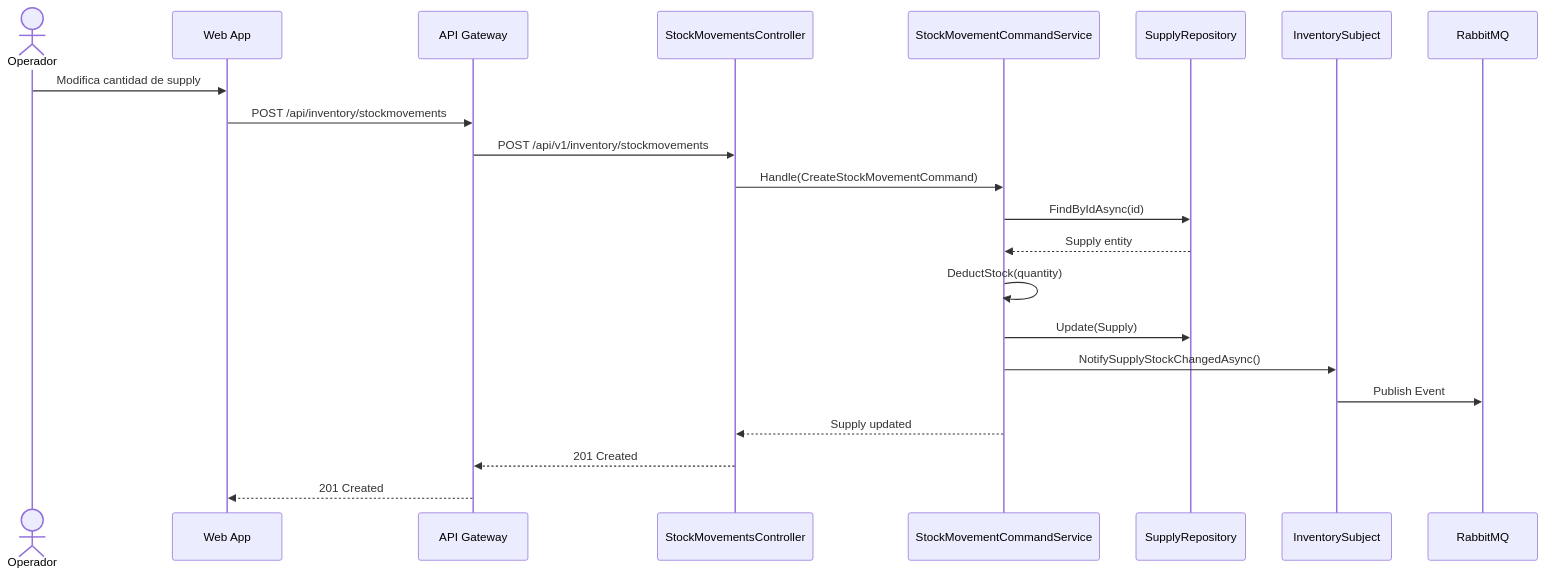
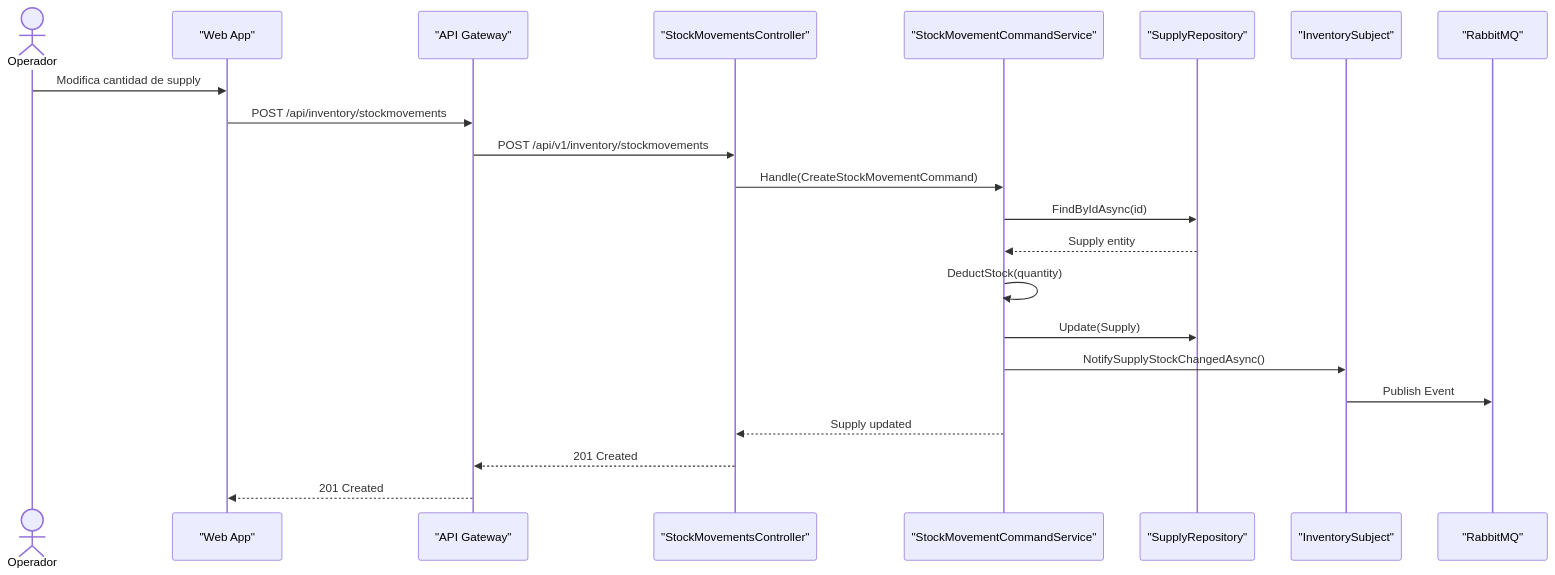
Diagram 11 of 15 in docs/architecture/Diagramas.md (1ASI0657-2610-7940-Vintara/Vintara-backend), drawn with Mermaid before and after one commit. The commit also changed other lines of this file, not shown here.

Commit message:
docs: fix mermaid syntax errors by quoting labels

````diff
--- a/docs/architecture/Diagramas.md
+++ b/docs/architecture/Diagramas.md
@@ -334,25 +334,25 @@
 ```mermaid
 sequenceDiagram
     actor Operador
-    participant SPA as Web App
-    participant GW as API Gateway
-    participant Ctrl as StockMovementsController
-    participant Svc as StockMovementCommandService
-    participant SRepo as SupplyRepository
-    participant Subj as InventorySubject
-    participant Broker as RabbitMQ
+    participant SPA as "Web App"
+    participant GW as "API Gateway"
+    participant Ctrl as "StockMovementsController"
+    participant Svc as "StockMovementCommandService"
+    participant SRepo as "SupplyRepository"
+    participant Subj as "InventorySubject"
+    participant Broker as "RabbitMQ"
 
     Operador->>SPA: Modifica cantidad de supply
     SPA->>GW: POST /api/inventory/stockmovements
     GW->>Ctrl: POST /api/v1/inventory/stockmovements
     Ctrl->>Svc: Handle(CreateStockMovementCommand)
     Svc->>SRepo: FindByIdAsync(id)
     SRepo-->>Svc: Supply entity
     Svc->>Svc: DeductStock(quantity)
     Svc->>SRepo: Update(Supply)
     Svc->>Subj: NotifySupplyStockChangedAsync()
     Subj->>Broker: Publish Event
     Svc-->>Ctrl: Supply updated
     Ctrl-->>GW: 201 Created
     GW-->>SPA: 201 Created
 ```
````
